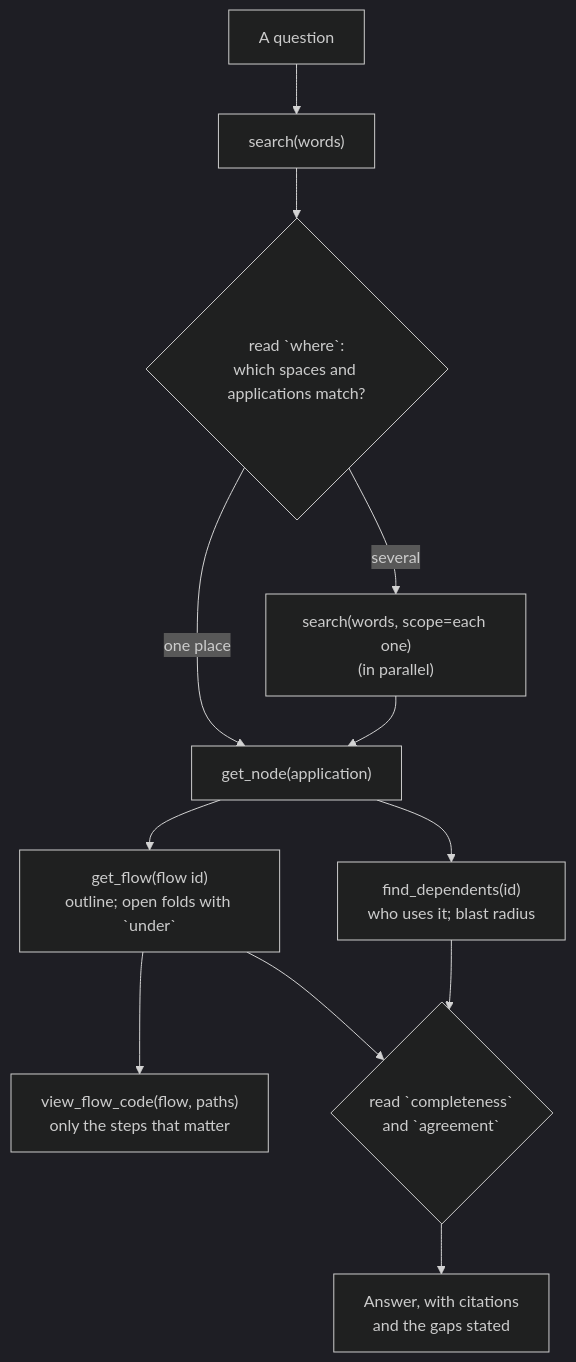
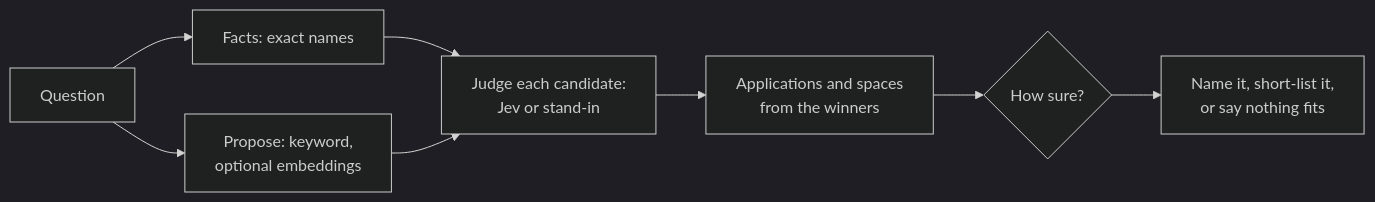
One commit to KBavis/steno changed the diagram in docs/how-it-works/retrieval-and-mcp.md. Above: the diagram before and after it, drawn with Mermaid (dark theme). The commit also changed other lines of this file and 35 other files, not shown here.

First line of the commit message:
docs: simplify the docs and record D150 (flows-first routing)

````diff
--- a/docs/how-it-works/retrieval-and-mcp.md
+++ b/docs/how-it-works/retrieval-and-mcp.md
@@ -269,13 +12,9 @@
 ```mermaid
-flowchart TD
-    Q["A question"] --> S["search(words)"]
-    S --> W{"read `where`:<br/>which spaces and applications match?"}
-    W -- "one place" --> N["get_node(application)"]
-    W -- "several" --> P["search(words, scope=each one)<br/>(in parallel)"]
-    P --> N
-    N --> F["get_flow(flow id)<br/>outline; open folds with `under`"]
-    F --> C["view_flow_code(flow, paths)<br/>only the steps that matter"]
-    N --> D["find_dependents(id)<br/>who uses it; blast radius"]
-    F & D --> R{"read `completeness`<br/>and `agreement`"}
-    R --> A["Answer, with citations<br/>and the gaps stated"]
+flowchart LR
+    Q["Question"] --> F["Facts: exact names"]
+    Q --> P["Propose: keyword,<br/>optional embeddings"]
+    F & P --> J["Judge each candidate:<br/>Jev or stand-in"]
+    J --> R["Applications and spaces<br/>from the winners"]
+    R --> A{"How sure?"}
+    A --> AN["Name it, short-list it,<br/>or say nothing fits"]
 ```
````
